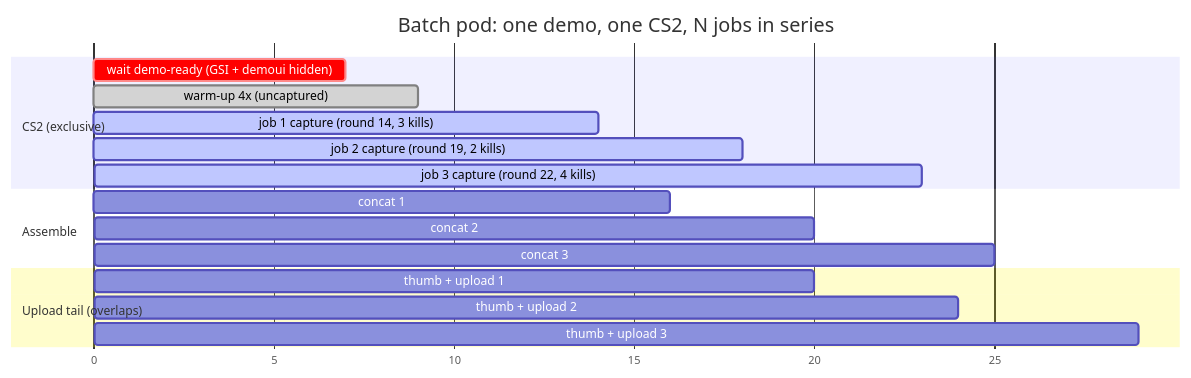
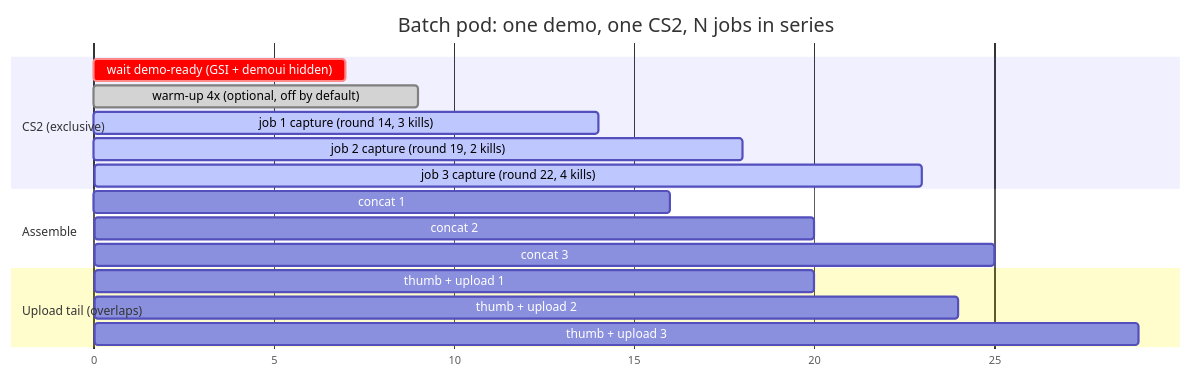
One commit to 5stackgg/game-streamer changed the first of 2 diagrams in docs/clip-render-pipeline.md. Above: the diagram before and after it, drawn with Mermaid. The commit also changed other lines of this file and 1 other file, not shown here.

First line of the commit message:
chore: turn the clip warm-up off by default

````diff
--- a/docs/clip-render-pipeline.md
+++ b/docs/clip-render-pipeline.md
@@ -29,23 +29,23 @@
 ```mermaid
 gantt
     title Batch pod: one demo, one CS2, N jobs in series
     dateFormat X
     axisFormat %s
 
     section CS2 (exclusive)
     wait demo-ready (GSI + demoui hidden)   :crit, 0, 7
-    warm-up 4x (uncaptured)                 :done, 7, 9
+    warm-up 4x (optional, off by default)   :done, 7, 9
     job 1 capture (round 14, 3 kills)       :active, 9, 14
     job 2 capture (round 19, 2 kills)       :active, 14, 18
     job 3 capture (round 22, 4 kills)       :active, 18, 23
 
     section Assemble
     concat 1                                :14, 16
     concat 2                                :18, 20
     concat 3                                :23, 25
 
     section Upload tail (overlaps)
     thumb + upload 1                        :16, 20
     thumb + upload 2                        :20, 24
     thumb + upload 3                        :25, 29
 ```
````
